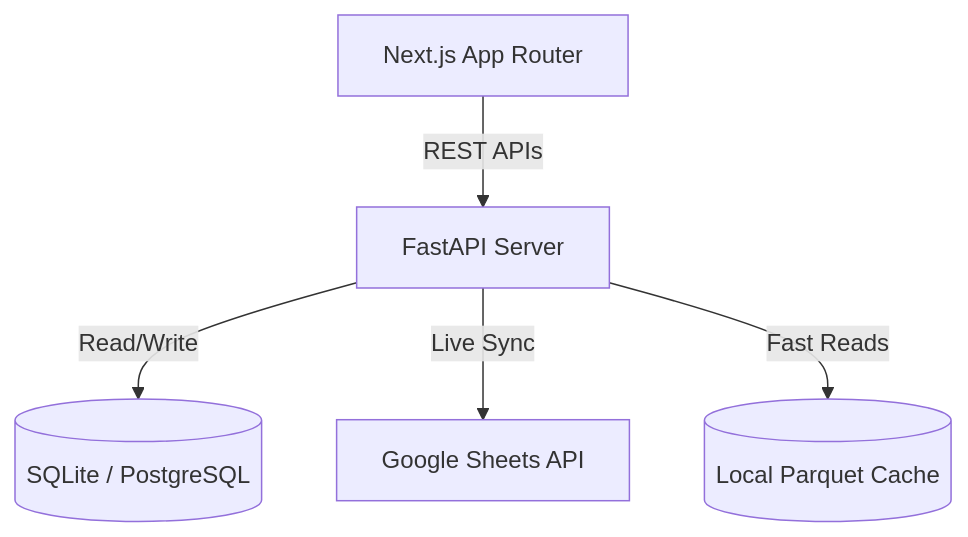
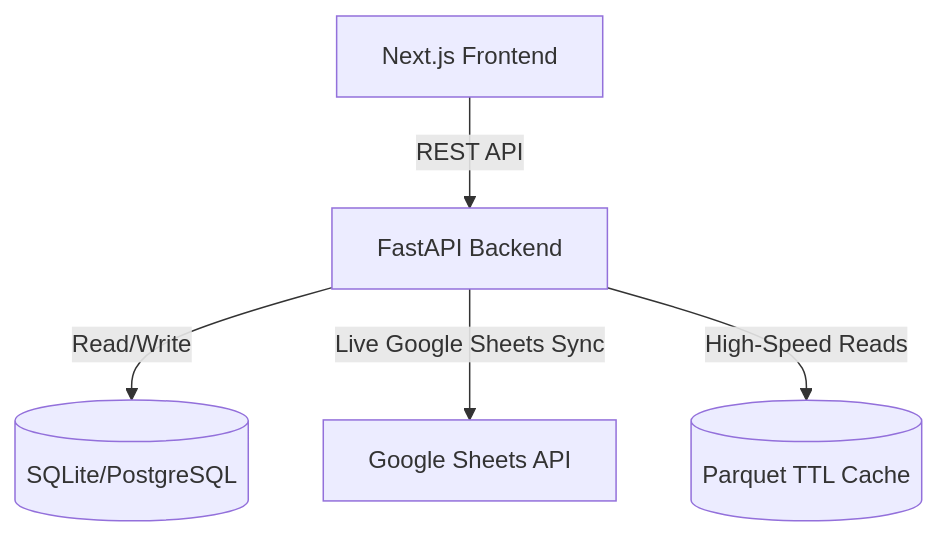
The diagram in DEVELOPER_GUIDE.md (sumitkumarnayak-hub/forecast-pipeline-v2), drawn with Mermaid before and after one commit. The commit also changed other lines of this file, not shown here.

````diff
--- a/DEVELOPER_GUIDE.md
+++ b/DEVELOPER_GUIDE.md
@@ -14,7 +11,7 @@
 ```mermaid
 graph TD
-    UI[Next.js App Router] -->|REST APIs| API[FastAPI Server]
-    API -->|Read/Write| DB[(SQLite / PostgreSQL)]
-    API -->|Live Sync| Sheets[Google Sheets API]
-    API -->|Fast Reads| Cache[(Local Parquet Cache)]
+    UI[Next.js Frontend] -->|REST API| API[FastAPI Backend]
+    API -->|Read/Write| DB[(SQLite/PostgreSQL)]
+    API -->|Live Google Sheets Sync| Sheets[Google Sheets API]
+    API -->|High-Speed Reads| Cache[(Parquet TTL Cache)]
 ```
````
